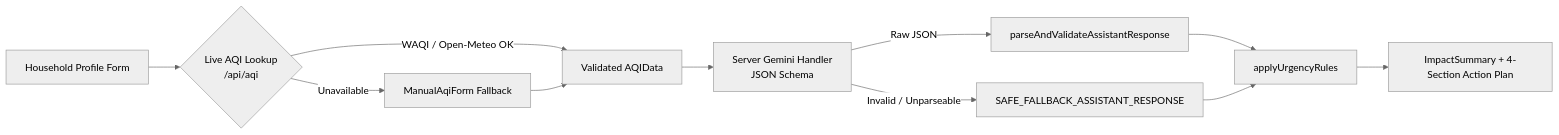
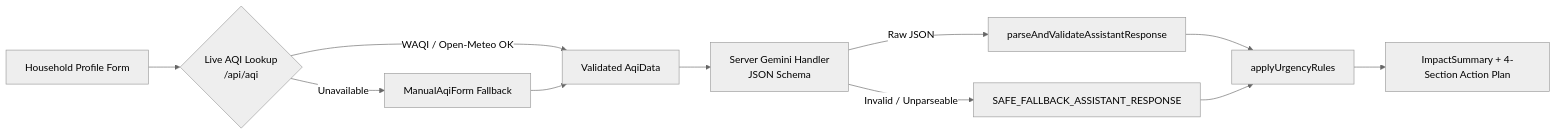
Before and after one commit to Abhinay2244/urban-air-quality-assistant: the diagram in README.md, drawn with Mermaid (neutral theme). The commit also changed other lines of this file and 74 other files, not shown here.

````diff
--- a/README.md
+++ b/README.md
@@ -16,13 +16,13 @@
 ```mermaid
 flowchart LR
   A[Household Profile Form] --> B{Live AQI Lookup<br/>/api/aqi}
-  B -->|WAQI / Open-Meteo OK| D[Validated AQIData]
+  B -->|WAQI / Open-Meteo OK| D[Validated AqiData]
   B -->|Unavailable| C[ManualAqiForm Fallback]
   C --> D
   D --> E[Server Gemini Handler<br/>JSON Schema]
   E -->|Raw JSON| F[parseAndValidateAssistantResponse]
   E -->|Invalid / Unparseable| G[SAFE_FALLBACK_ASSISTANT_RESPONSE]
   F --> H[applyUrgencyRules]
   G --> H
   H --> I[ImpactSummary + 4-Section Action Plan]
 ```
````
